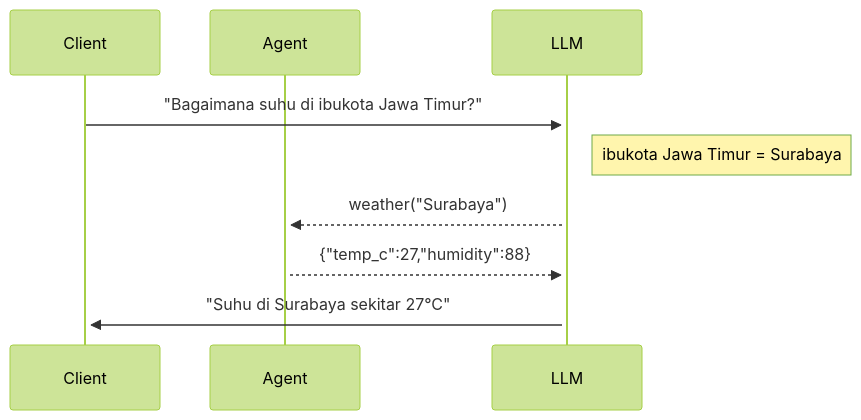
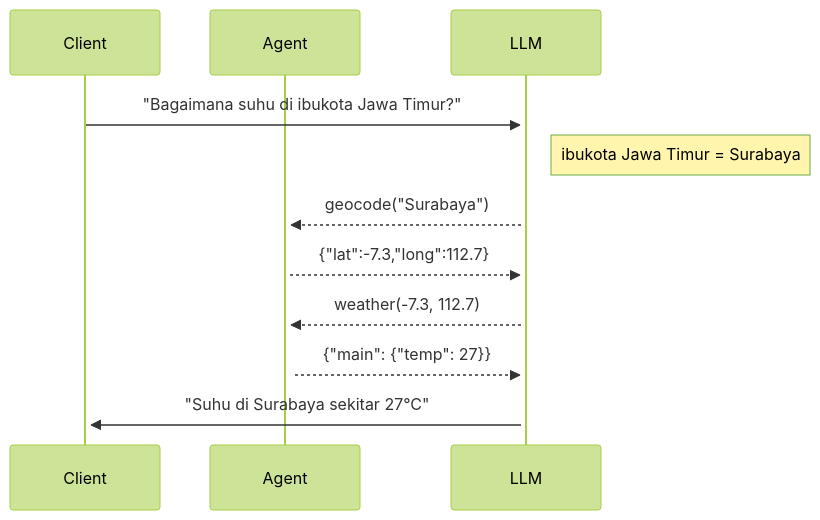
Before and after one commit to hijra-engineering/ngoprek-llm: the second of 2 diagrams in README.md, drawn with Mermaid (forest theme). The commit also changed other lines of this file and 1 other file, not shown here.

Commit message:
function: geocode and weather

````diff
--- a/README.md
+++ b/README.md
@@ -29,11 +44,13 @@
 ```mermaid
 sequenceDiagram
   participant Client
   participant Agent
   participant LLM
   Client->>+LLM: "Bagaimana suhu di ibukota Jawa Timur?"
   Note right of LLM: ibukota Jawa Timur = Surabaya
-  LLM-->>+Agent: weather("Surabaya")
-  Agent-->>+LLM: {"temp_c":27,"humidity":88}
+  LLM-->>+Agent: geocode("Surabaya")
+  Agent-->>+LLM: {"lat":-7.3,"long":112.7}
+  LLM-->>+Agent: weather(-7.3, 112.7)
+  Agent-->>+LLM: {"main": {"temp": 27}}
   LLM->>+Client: "Suhu di Surabaya sekitar 27°C"
 ```
````
